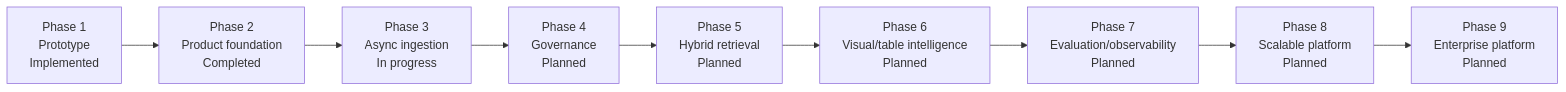
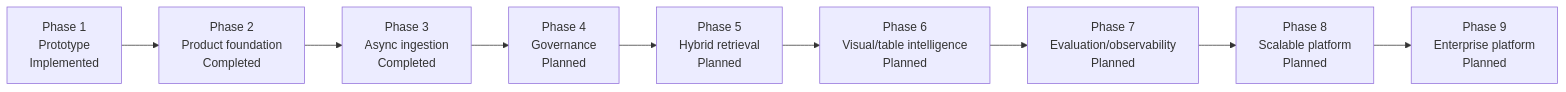
Before and after one commit to mvyas412/ai-projects: the second of 11 diagrams in mm-rag-full-stack-genai-bootcamp-3.0/docs/architecture/ARCHITECTURE.md, drawn with Mermaid. The commit also changed other lines of this file and 4 other files, not shown here.

````diff
--- a/mm-rag-full-stack-genai-bootcamp-3.0/docs/architecture/ARCHITECTURE.md
+++ b/mm-rag-full-stack-genai-bootcamp-3.0/docs/architecture/ARCHITECTURE.md
@@ -164,12 +163,12 @@
 ```mermaid
 flowchart LR
     p1["Phase 1<br/>Prototype<br/>Implemented"] -->
     p2["Phase 2<br/>Product foundation<br/>Completed"] -->
-    p3["Phase 3<br/>Async ingestion<br/>In progress"] -->
+    p3["Phase 3<br/>Async ingestion<br/>Completed"] -->
     p4["Phase 4<br/>Governance<br/>Planned"] -->
     p5["Phase 5<br/>Hybrid retrieval<br/>Planned"] -->
     p6["Phase 6<br/>Visual/table intelligence<br/>Planned"] -->
     p7["Phase 7<br/>Evaluation/observability<br/>Planned"] -->
     p8["Phase 8<br/>Scalable platform<br/>Planned"] -->
     p9["Phase 9<br/>Enterprise platform<br/>Planned"]
 ```
````
